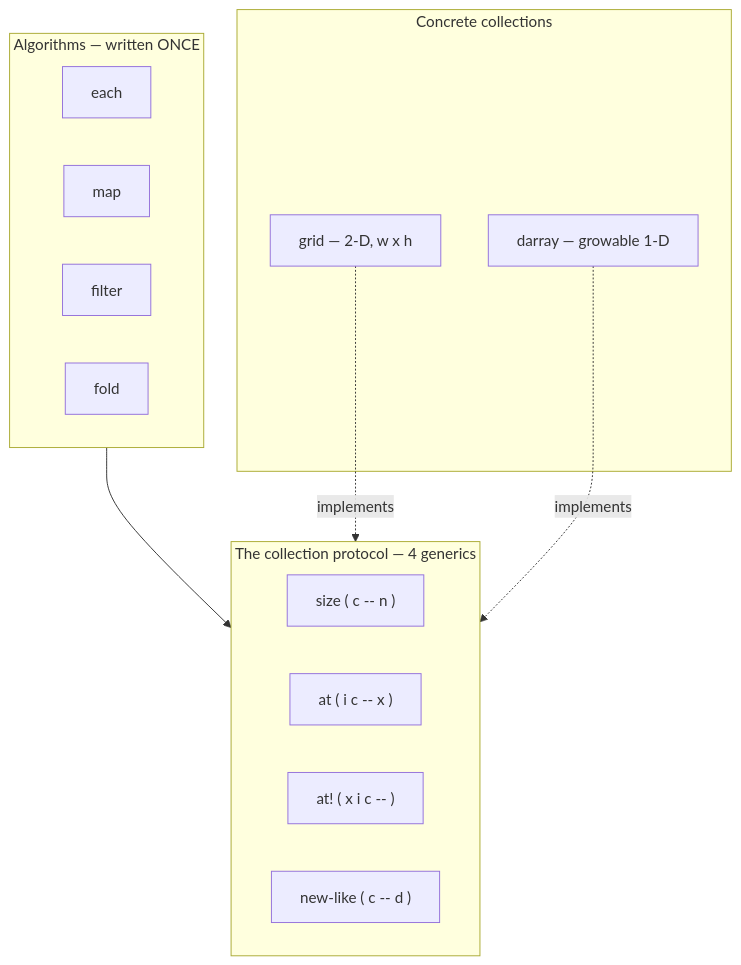
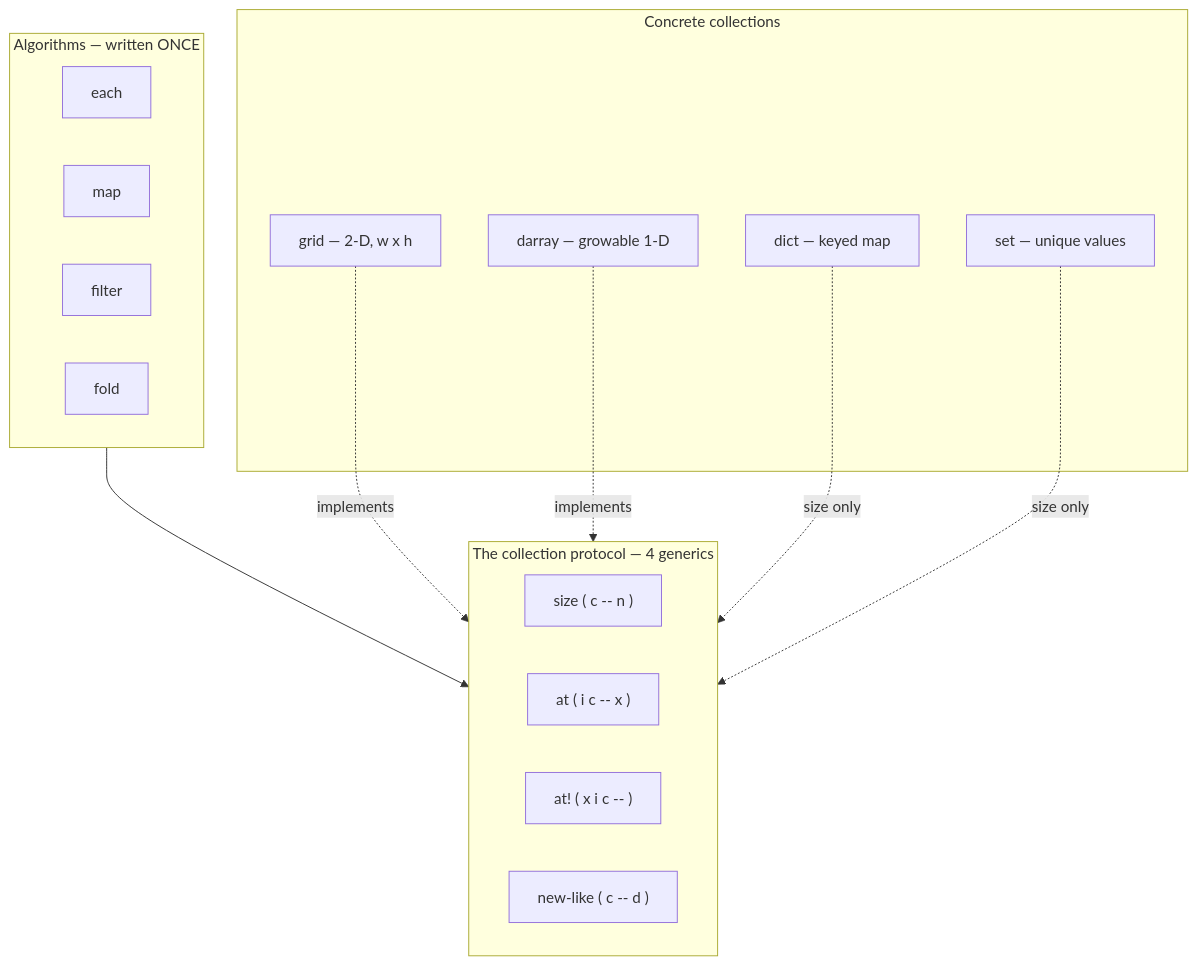
The diagram in release/factorforth/docs/collections.md (albanread/FactorForth), drawn with Mermaid before and after one commit. The commit also changed other lines of this file and 5 other files, not shown here.

First line of the commit message:
CoreProtocols: dict and set — keyed and unique-value collections

````diff
--- a/release/factorforth/docs/collections.md
+++ b/release/factorforth/docs/collections.md
@@ -29,25 +30,29 @@
 ```mermaid
 flowchart TB
     subgraph Protocol["The collection protocol — 4 generics"]
         S["size ( c -- n )"]
         A["at ( i c -- x )"]
         AB["at! ( x i c -- )"]
         NL["new-like ( c -- d )"]
     end
 
     subgraph Algos["Algorithms — written ONCE"]
         E["each"]
         M["map"]
         F["filter"]
         FD["fold"]
     end
 
     subgraph Backings["Concrete collections"]
         G["grid — 2-D, w x h"]
         D["darray — growable 1-D"]
+        DI["dict — keyed map"]
+        SE["set — unique values"]
     end
 
     Algos --> Protocol
     G -.implements.-> Protocol
     D -.implements.-> Protocol
+    DI -.size only.-> Protocol
+    SE -.size only.-> Protocol
 ```
````
